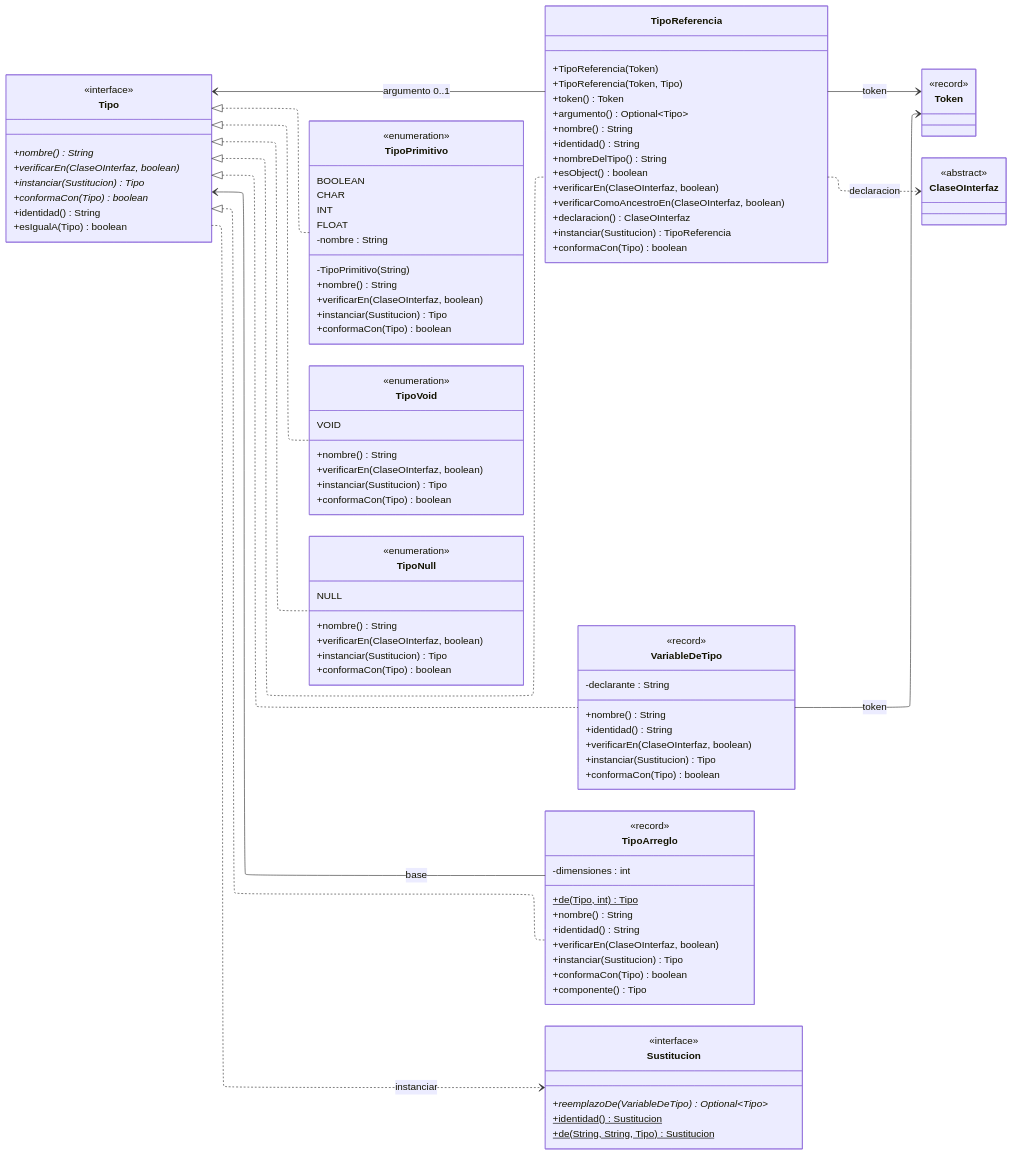
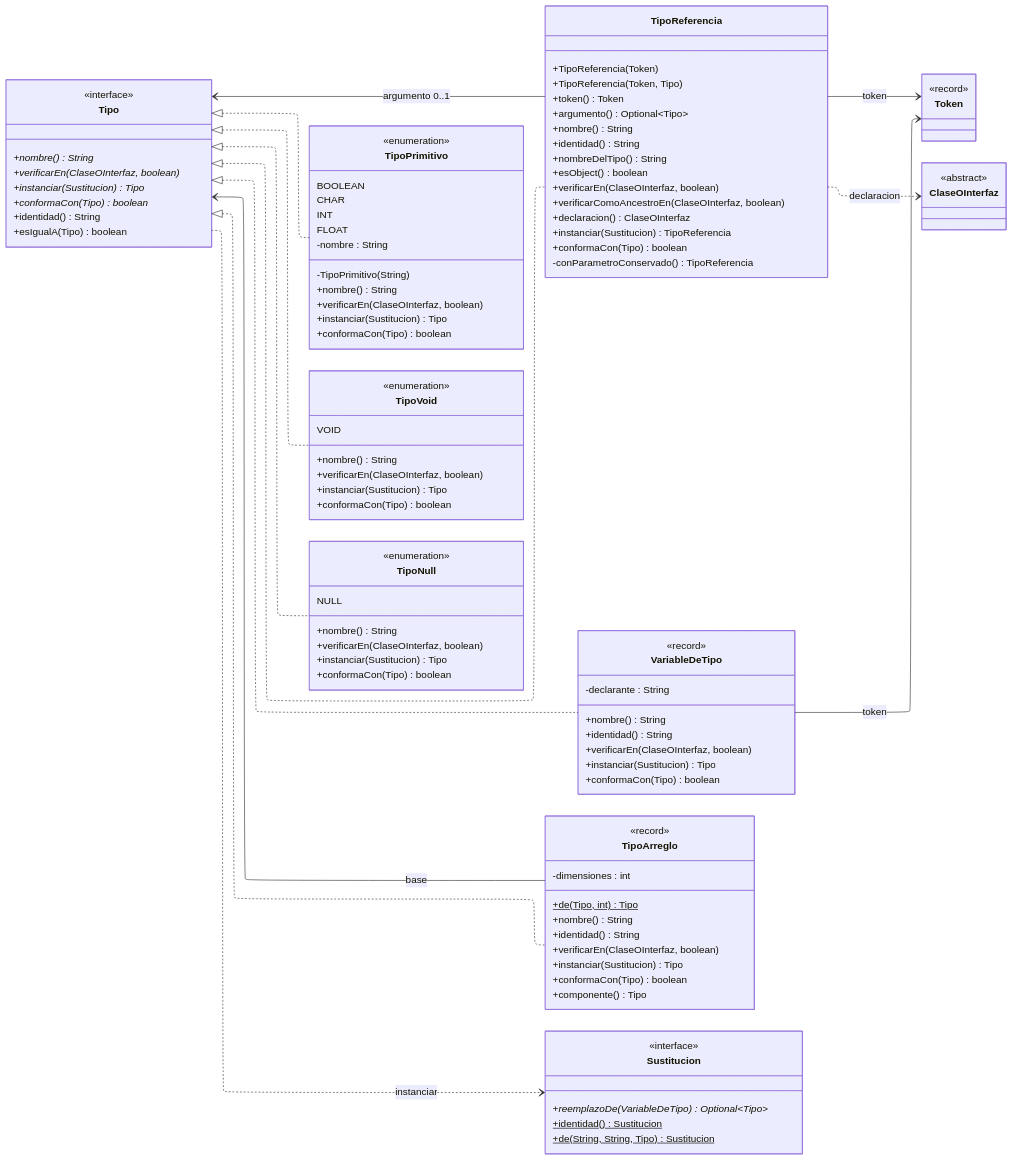
Before and after one commit to agustinpaul0/Proyecto-CEI: the fifth of 5 diagrams in documentacion/semantico/arquitectura-del-analizador-semantico.md, drawn with Mermaid. The commit also changed other lines of this file, not shown here.

Commit message:
Agrega a los diagramas lo que sumaron los arreglos de conformidad y orden

```diff
--- a/documentacion/semantico/arquitectura-del-analizador-semantico.md
+++ b/documentacion/semantico/arquitectura-del-analizador-semantico.md
@@ -418,6 +419,7 @@
         +declaracion() ClaseOInterfaz
         +instanciar(Sustitucion) TipoReferencia
         +conformaCon(Tipo) boolean
+        -conParametroConservado() TipoReferencia
     }
     class VariableDeTipo {
         <<record>>
```
